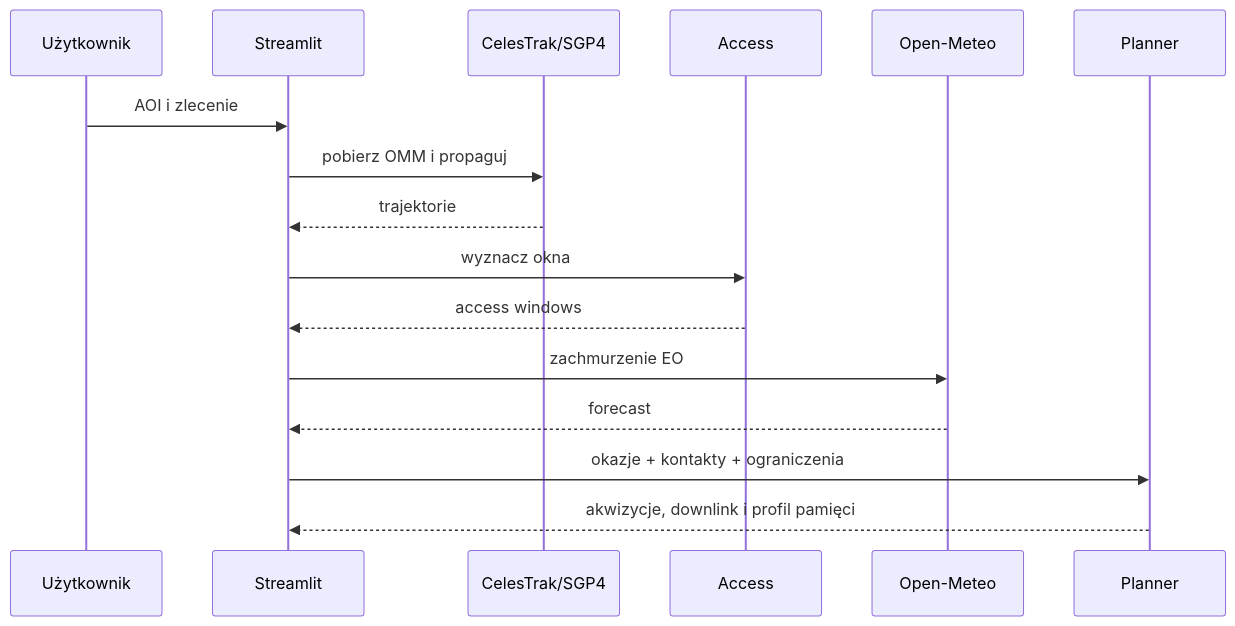
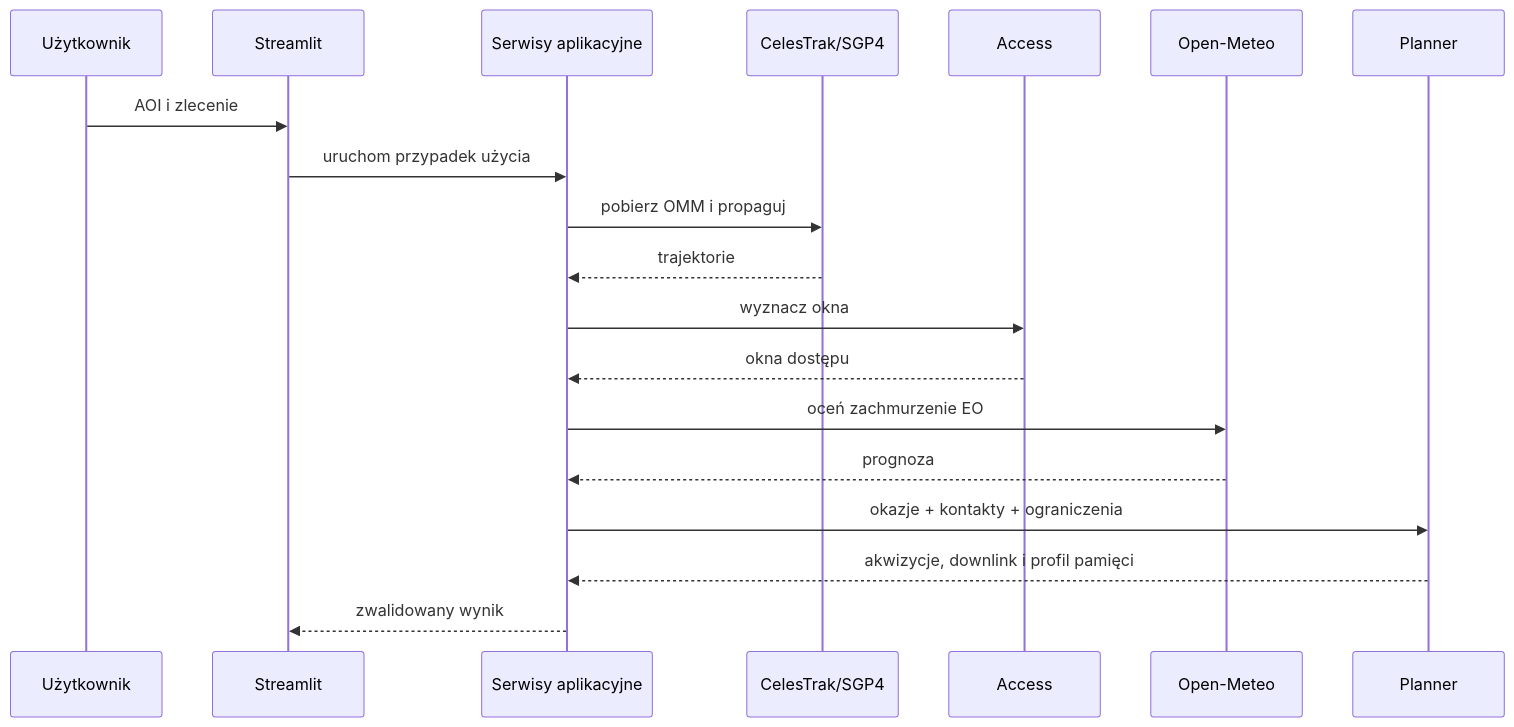
The second of 3 diagrams in docs/architecture.md (matigeoman/satellite-acquisition-planner), drawn with Mermaid before and after one commit. The commit also changed other lines of this file and 8 other files, not shown here.

Commit message:
Improve repository architecture and documentation

````diff
--- a/docs/architecture.md
+++ b/docs/architecture.md
@@ -31,18 +41,21 @@
 ```mermaid
 sequenceDiagram
     participant U as Użytkownik
     participant UI as Streamlit
+    participant S as Serwisy aplikacyjne
     participant O as CelesTrak/SGP4
     participant A as Access
     participant W as Open-Meteo
     participant P as Planner
     U->>UI: AOI i zlecenie
-    UI->>O: pobierz OMM i propaguj
-    O-->>UI: trajektorie
-    UI->>A: wyznacz okna
-    A-->>UI: access windows
-    UI->>W: zachmurzenie EO
-    W-->>UI: forecast
-    UI->>P: okazje + kontakty + ograniczenia
-    P-->>UI: akwizycje, downlink i profil pamięci
+    UI->>S: uruchom przypadek użycia
+    S->>O: pobierz OMM i propaguj
+    O-->>S: trajektorie
+    S->>A: wyznacz okna
+    A-->>S: okna dostępu
+    S->>W: oceń zachmurzenie EO
+    W-->>S: prognoza
+    S->>P: okazje + kontakty + ograniczenia
+    P-->>S: akwizycje, downlink i profil pamięci
+    S-->>UI: zwalidowany wynik
 ```
````
